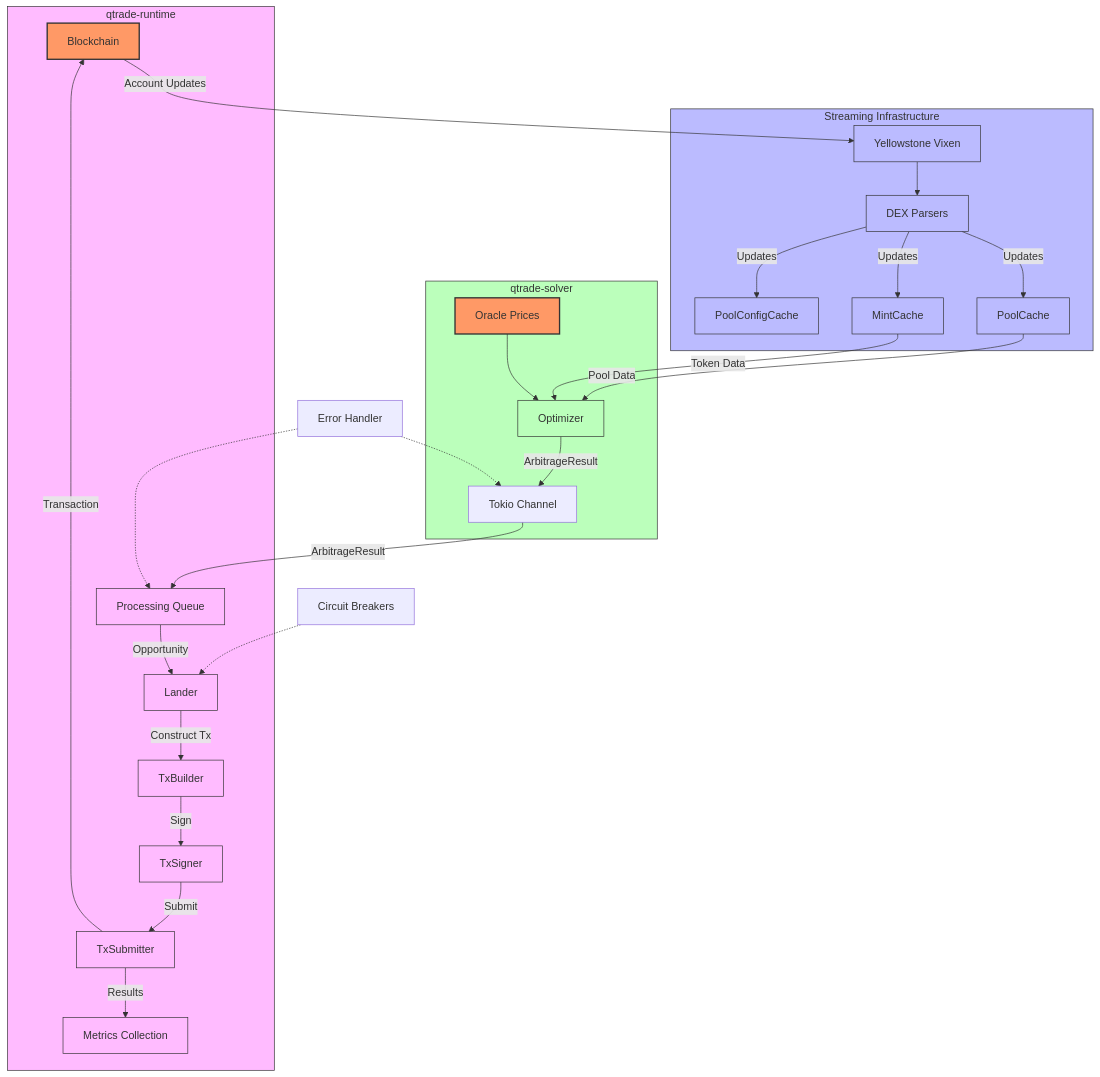
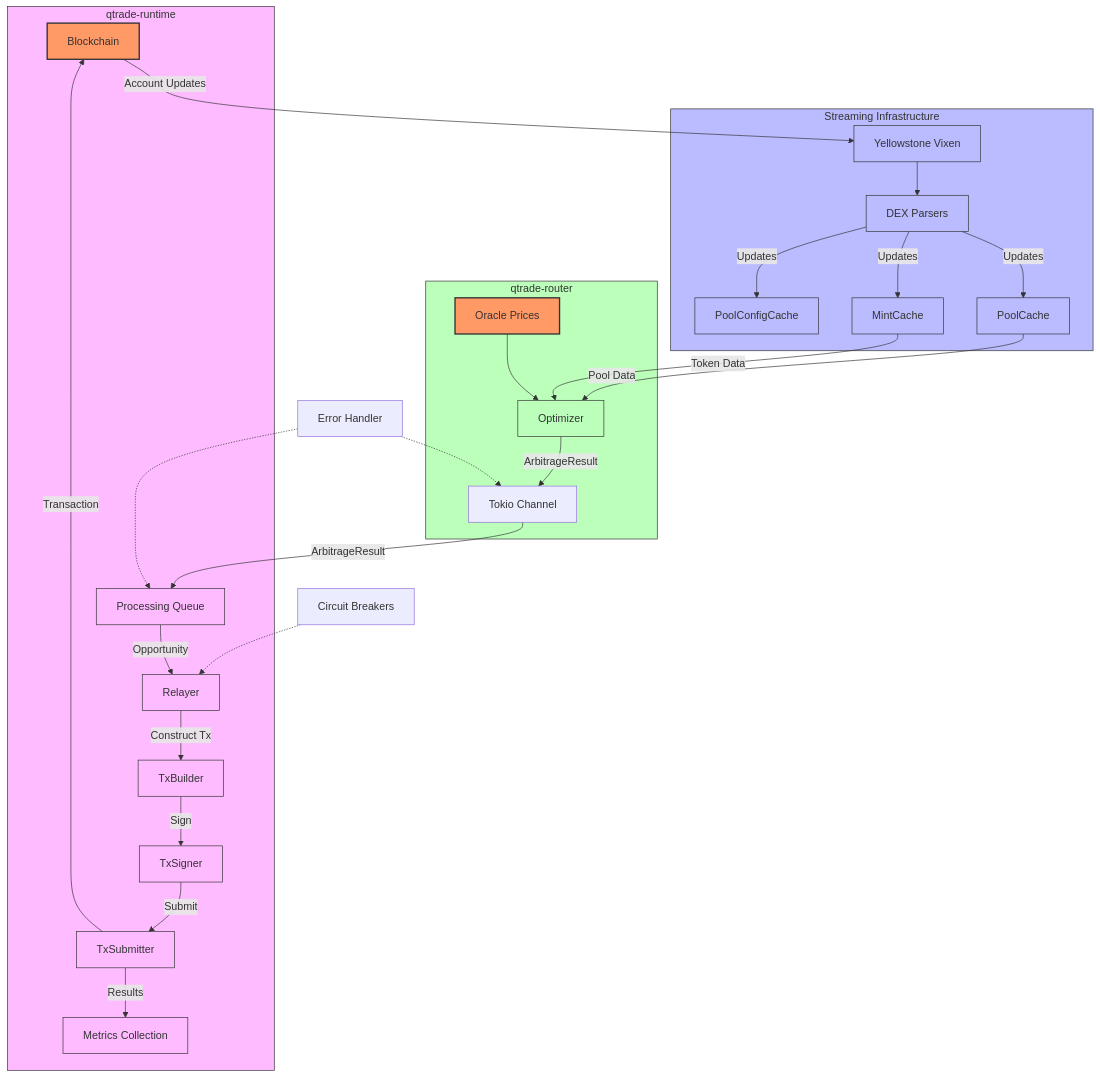
One commit to 808putnam/qtrade2 changed the first of 2 diagrams in docs/arbitrage_architecture.md. Above: the diagram before and after it, drawn with Mermaid. The commit also changed other lines of this file and 302 other files, not shown here.

````diff
--- a/docs/arbitrage_architecture.md
+++ b/docs/arbitrage_architecture.md
@@ -20,51 +20,51 @@
 ```mermaid
 flowchart TD
     %% External Components
     BC[Blockchain] --> |Account Updates| YV[Yellowstone Vixen]
 
     %% Streaming Infrastructure
     subgraph StreamInfra[Streaming Infrastructure]
         YV --> Parsers[DEX Parsers]
         Parsers --> |Updates| PC[PoolCache]
         Parsers --> |Updates| MintC[MintCache]
         Parsers --> |Updates| PoolCC[PoolConfigCache]
     end
 
-    %% Solver Component
-    subgraph Solver[qtrade-solver]
+    %% Router Component
+    subgraph Router[qtrade-router]
         PC --> |Pool Data| OPT[Optimizer]
         MintC --> |Token Data| OPT
         OP[Oracle Prices] --> OPT
         OPT --> |ArbitrageResult| TC[Tokio Channel]
     end
 
     %% Runtime Component
     subgraph Runtime[qtrade-runtime]
         TC --> |ArbitrageResult| PQ[Processing Queue]
-        PQ --> |Opportunity| Lander
-        Lander --> |Construct Tx| TxBuilder
+        PQ --> |Opportunity| Relayer
+        Relayer --> |Construct Tx| TxBuilder
         TxBuilder --> |Sign| TxSigner
         TxSigner --> |Submit| TxSubmitter
         TxSubmitter --> |Transaction| BC
         TxSubmitter --> |Results| Metrics[Metrics Collection]
     end
 
     %% Error Handling
     EH[Error Handler] -.-> TC
     EH -.-> PQ
 
     %% Circuit Breakers
-    CB[Circuit Breakers] -.-> Lander
+    CB[Circuit Breakers] -.-> Relayer
 
     %% Style Definitions
     classDef external fill:#f96,stroke:#333,stroke-width:2px
     classDef infrastructure fill:#bbf,stroke:#333
-    classDef solver fill:#bfb,stroke:#333
+    classDef router fill:#bfb,stroke:#333
     classDef runtime fill:#fbf,stroke:#333
 
     %% Apply Styles
     class BC,OP external
     class StreamInfra,YV,Parsers,PC,MintC,PoolCC infrastructure
-    class Solver,OPT solver
-    class Runtime,PQ,Lander,TxBuilder,TxSigner,TxSubmitter,Metrics runtime
+    class Router,OPT router
+    class Runtime,PQ,Relayer,TxBuilder,TxSigner,TxSubmitter,Metrics runtime
 ```
````
